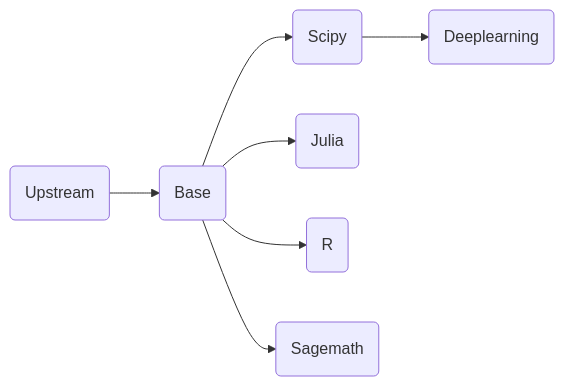
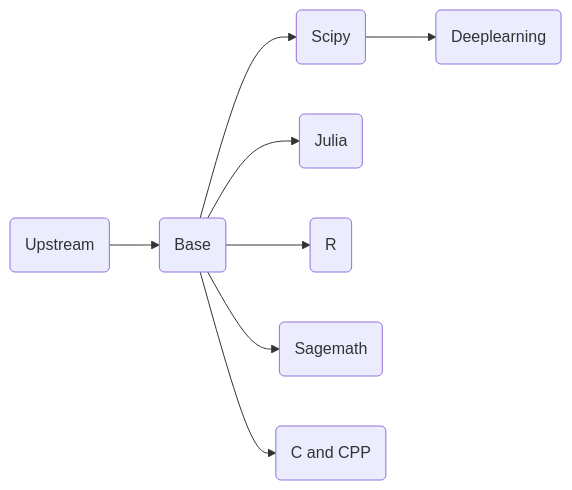
Before and after one commit to ben0i0d/jupyter-image-stacks: the diagram in README.md, drawn with Mermaid. The commit also changed other lines of this file, not shown here.

````diff
--- a/README.md
+++ b/README.md
@@ -14,8 +14,9 @@
 ```mermaid
 graph LR
 A(Upstream)-->B(Base)
 B-->C(Scipy)-->D(Deeplearning)	
 B-->E(Julia)
 B-->F(R)
 B-->G(Sagemath)
+B-->H(C and CPP)
 ```  
````
